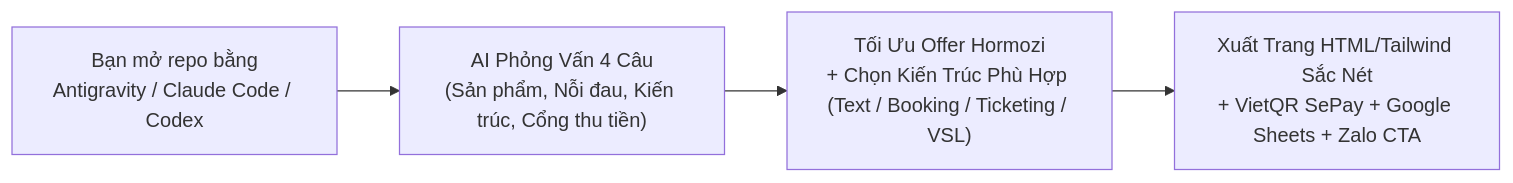
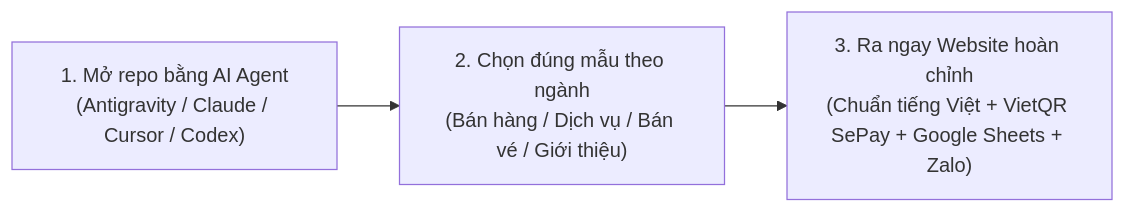
The diagram in README.md (teddiesloco/ags-salepages), drawn with Mermaid before and after one commit. The commit also changed other lines of this file and 3 other files, not shown here.

````diff
--- a/README.md
+++ b/README.md
@@ -14,6 +14,5 @@
 ```mermaid
 flowchart LR
-  U["Bạn mở repo bằng<br/>Antigravity / Claude Code / Codex"] --> I["AI Phỏng Vấn 4 Câu<br/>(Sản phẩm, Nỗi đau, Kiến trúc, Cổng thu tiền)"]
-  I --> O["Tối Ưu Offer Hormozi<br/>+ Chọn Kiến Trúc Phù Hợp (Text / Booking / Ticketing / VSL)"]
-  O --> P["Xuất Trang HTML/Tailwind Sắc Nét<br/>+ VietQR SePay + Google Sheets + Zalo CTA"]
+  U["1. Mở repo bằng AI Agent<br/>(Antigravity / Claude / Cursor / Codex)"] --> O["2. Chọn đúng mẫu theo ngành<br/>(Bán hàng / Dịch vụ / Bán vé / Giới thiệu)"]
+  O --> P["3. Ra ngay Website hoàn chỉnh<br/>(Chuẩn tiếng Việt + VietQR SePay + Google Sheets + Zalo)"]
 ```
````
